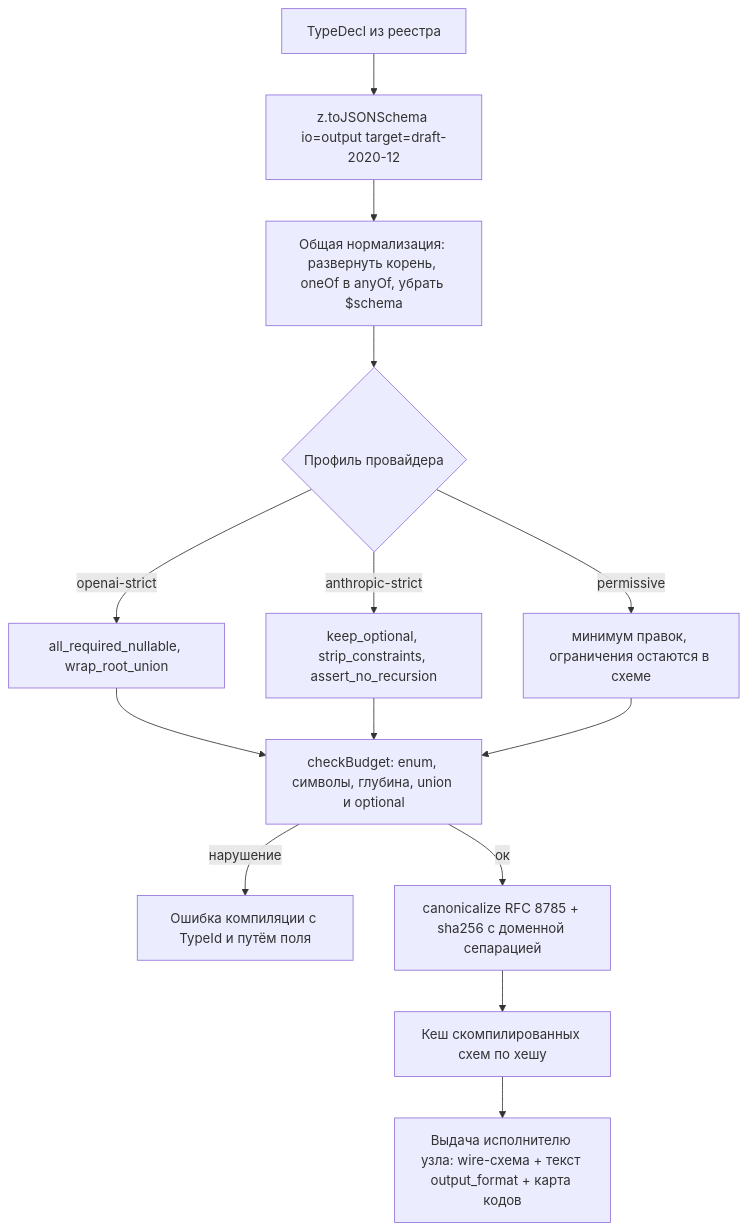
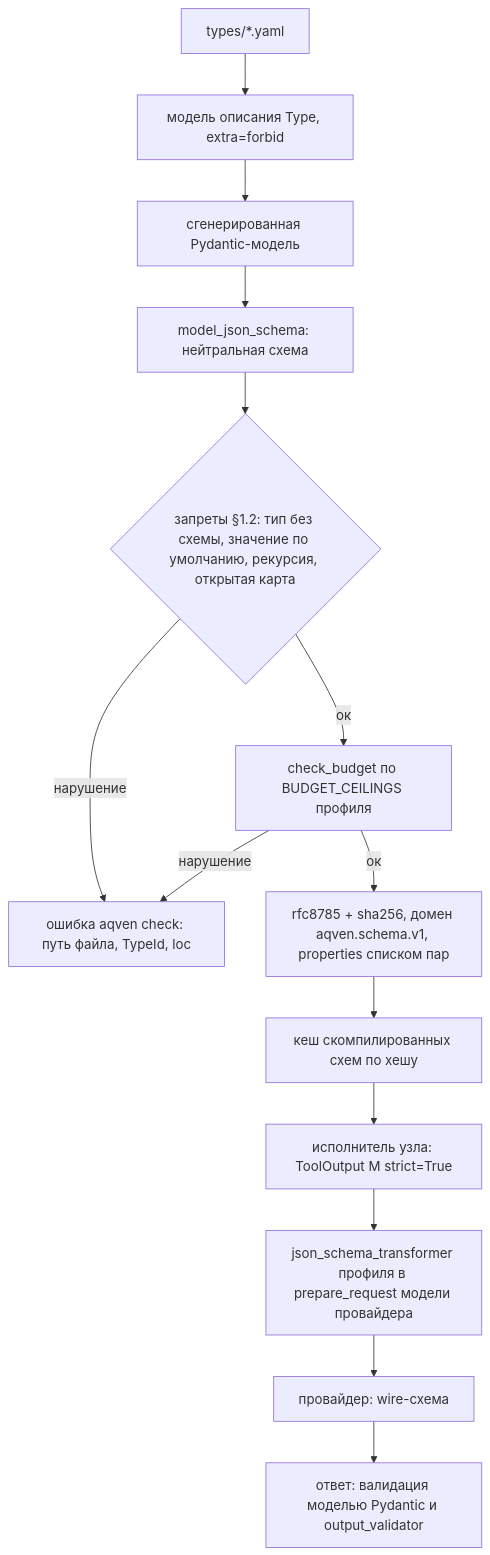
The diagram in docs/05-type-system.md (lastonoga/AQVEN), drawn with Mermaid before and after one commit. The commit also changed other lines of this file and 476 other files, not shown here.

````diff
--- a/docs/05-type-system.md
+++ b/docs/05-type-system.md
@@ -368,16 +512,16 @@
 ```mermaid
 flowchart TD
-  D[TypeDecl из реестра] --> Z[z.toJSONSchema io=output target=draft-2020-12]
-  Z --> N[Общая нормализация: развернуть корень, oneOf в anyOf, убрать $schema]
-  N --> P{Профиль провайдера}
-  P -->|openai-strict| O[all_required_nullable, wrap_root_union]
-  P -->|anthropic-strict| A[keep_optional, strip_constraints, assert_no_recursion]
-  P -->|permissive| V[минимум правок, ограничения остаются в схеме]
-  O --> B[checkBudget: enum, символы, глубина, union и optional]
-  A --> B
-  V --> B
-  B -->|нарушение| E[Ошибка компиляции с TypeId и путём поля]
-  B -->|ок| H[canonicalize RFC 8785 + sha256 с доменной сепарацией]
-  H --> C[Кеш скомпилированных схем по хешу]
-  C --> S[Выдача исполнителю узла: wire-схема + текст output_format + карта кодов]
+  F["types/*.yaml"] --> D["модель описания Type, extra=forbid"]
+  D --> G["сгенерированная Pydantic-модель"]
+  G --> N["model_json_schema: нейтральная схема"]
+  N --> R{"запреты §1.2: тип без схемы, значение по умолчанию, рекурсия, открытая карта"}
+  R -->|нарушение| E["ошибка aqven check: путь файла, TypeId, loc"]
+  R -->|ок| B["check_budget по BUDGET_CEILINGS профиля"]
+  B -->|нарушение| E
+  B -->|ок| H["rfc8785 + sha256, домен aqven.schema.v1, properties списком пар"]
+  H --> C["кеш скомпилированных схем по хешу"]
+  C --> O["исполнитель узла: ToolOutput M strict=True"]
+  O --> T["json_schema_transformer профиля в prepare_request модели провайдера"]
+  T --> P["провайдер: wire-схема"]
+  P --> V["ответ: валидация моделью Pydantic и output_validator"]
 ```
````
